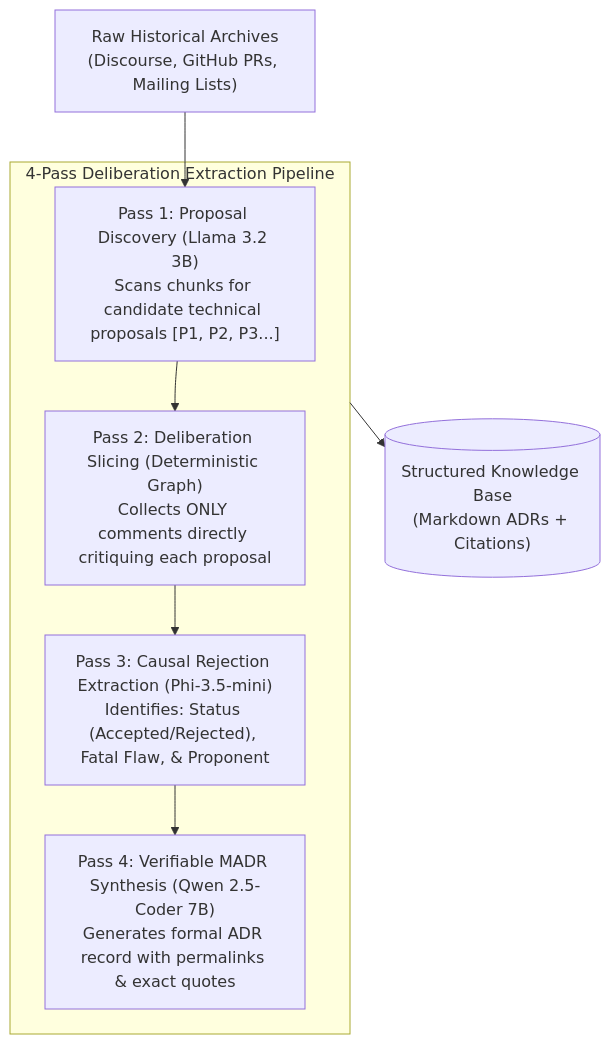
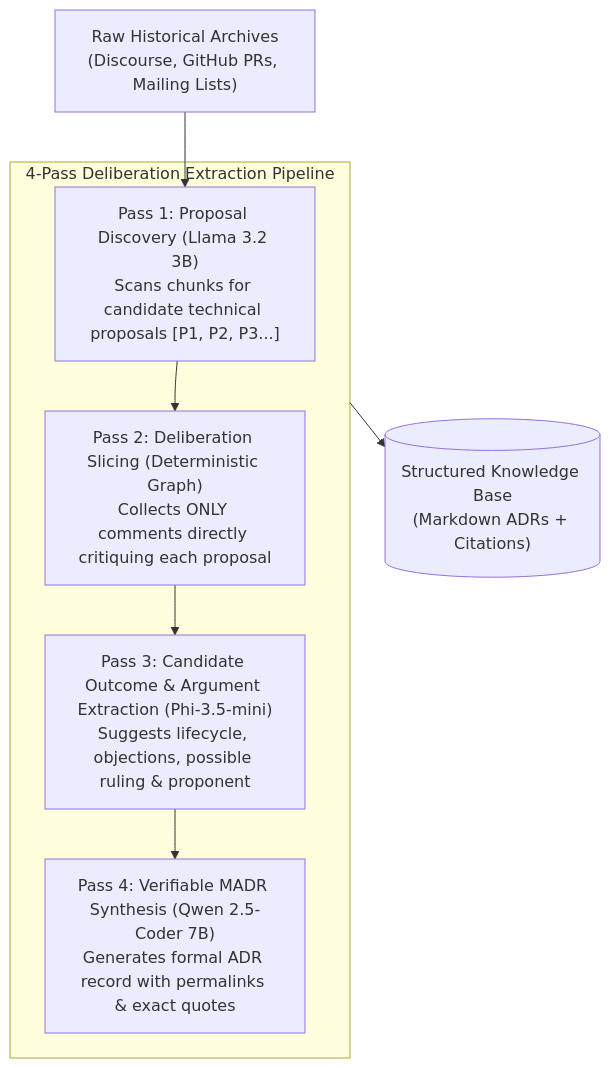
One commit to MRiARC/biscuit changed the first of 2 diagrams in docs/CORE_IDEA.md. Above: the diagram before and after it, drawn with Mermaid. The commit also changed other lines of this file, not shown here.

````diff
--- a/docs/CORE_IDEA.md
+++ b/docs/CORE_IDEA.md
@@ -62,13 +63,13 @@
 ```mermaid
 flowchart TD
     Raw["Raw Historical Archives<br/>(Discourse, GitHub PRs, Mailing Lists)"] --> P1
 
     subgraph Pipeline["4-Pass Deliberation Extraction Pipeline"]
         P1["Pass 1: Proposal Discovery (Llama 3.2 3B)<br/>Scans chunks for candidate technical proposals [P1, P2, P3...]"]
         P1 --> P2["Pass 2: Deliberation Slicing (Deterministic Graph)<br/>Collects ONLY comments directly critiquing each proposal"]
-        P2 --> P3["Pass 3: Causal Rejection Extraction (Phi-3.5-mini)<br/>Identifies: Status (Accepted/Rejected), Fatal Flaw, & Proponent"]
+        P2 --> P3["Pass 3: Candidate Outcome & Argument Extraction (Phi-3.5-mini)<br/>Suggests lifecycle, objections, possible ruling & proponent"]
         P3 --> P4["Pass 4: Verifiable MADR Synthesis (Qwen 2.5-Coder 7B)<br/>Generates formal ADR record with permalinks & exact quotes"]
     end
 
     Pipeline --> Output[("Structured Knowledge Base<br/>(Markdown ADRs + Citations)")]
 ```
````
